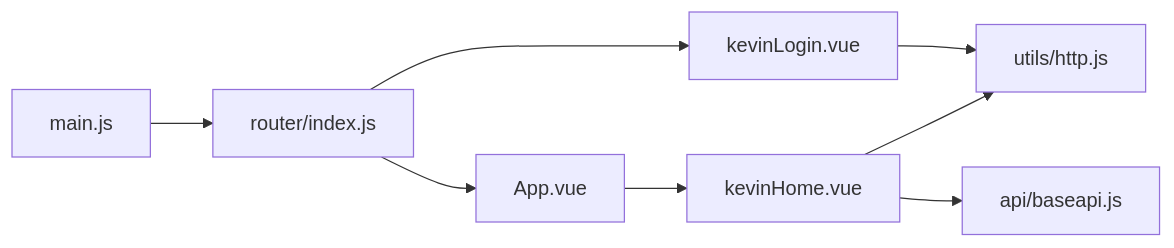
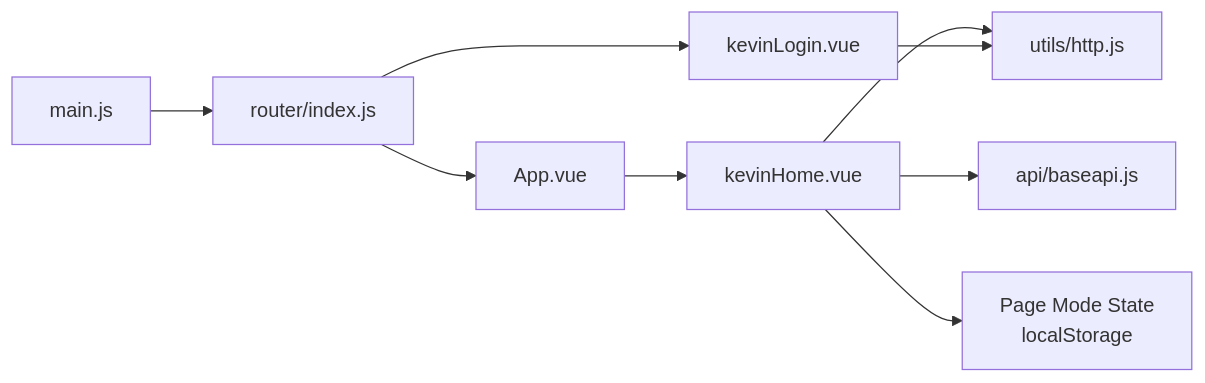
The eighth of 8 diagrams in .qoder/repowiki/zh/content/前端架构/路由管理.md (junkai-li/NetCoreKevin), drawn with Mermaid before and after one commit. The commit also changed other lines of this file and 39 other files, not shown here.

````diff
--- a/.qoder/repowiki/zh/content/前端架构/路由管理.md
+++ b/.qoder/repowiki/zh/content/前端架构/路由管理.md
@@ -260,10 +360,11 @@
 ```mermaid
 graph LR
 M["main.js"] --> R["router/index.js"]
 R --> A["App.vue"]
 A --> H["kevinHome.vue"]
 R --> L["kevinLogin.vue"]
 H --> U["utils/http.js"]
 H --> B["api/baseapi.js"]
 L --> U
+H --> PM["Page Mode State<br/>localStorage"]
 ```
````
